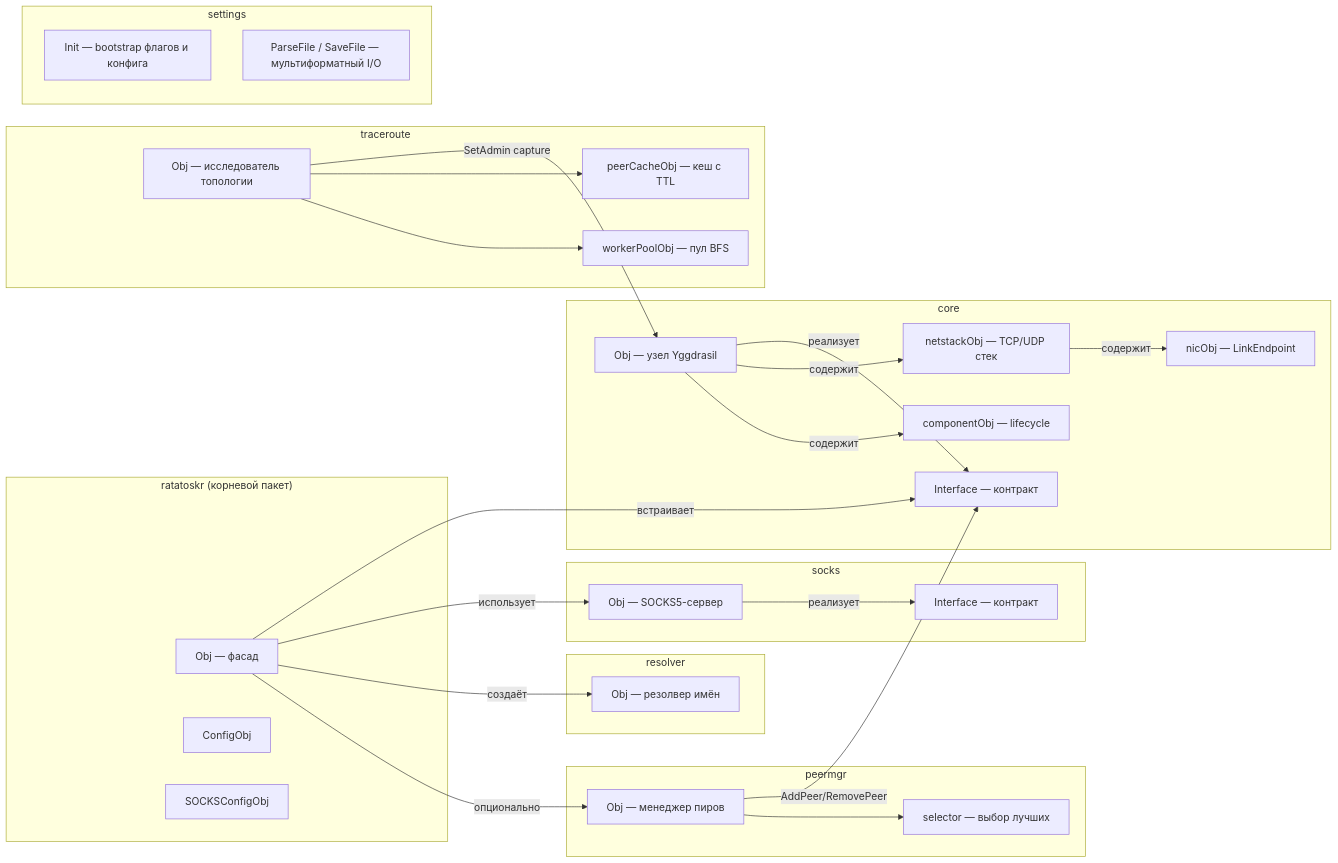
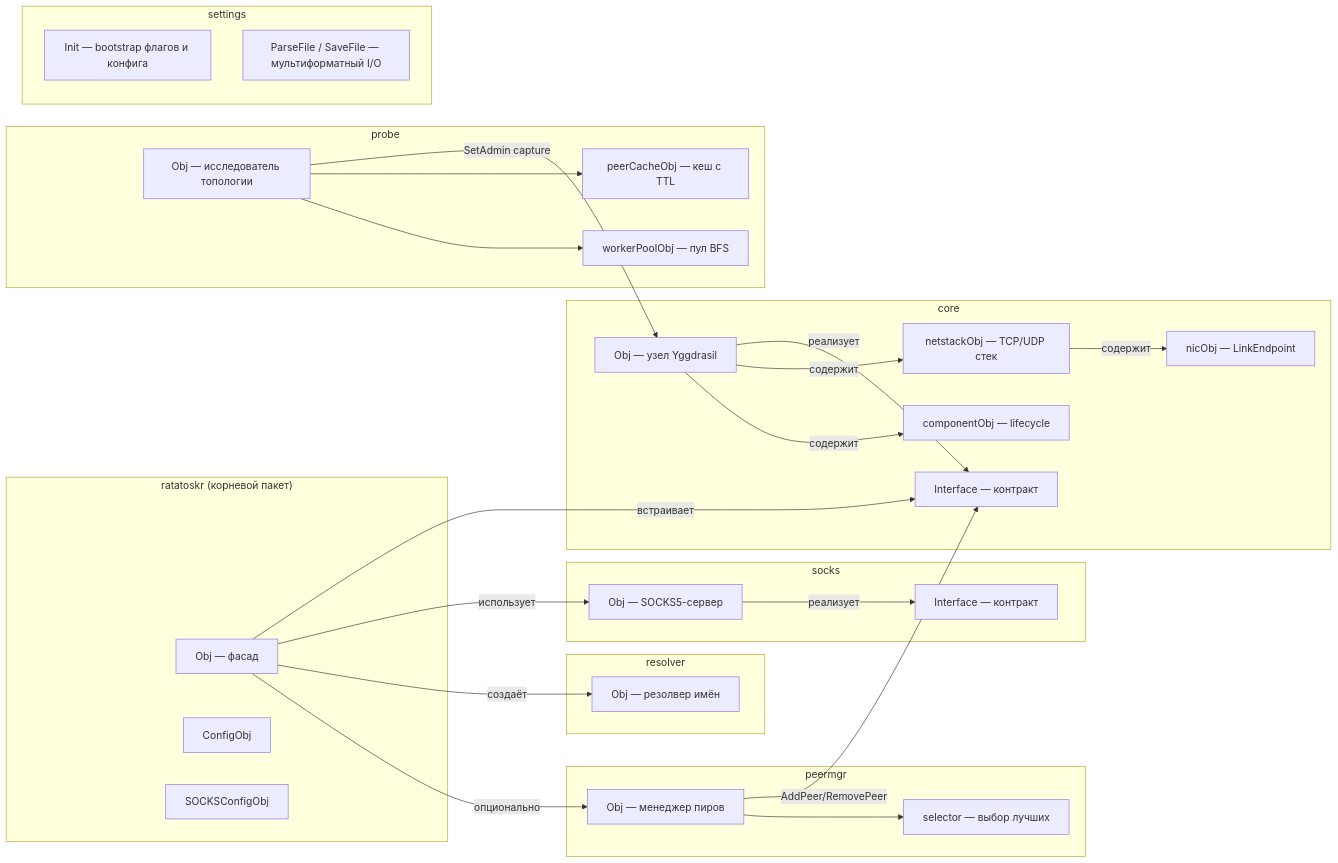
Before and after one commit to voluminor/ratatoskr: the fourth of 16 diagrams in README.RU.md, drawn with Mermaid. The commit also changed other lines of this file and 29 other files, not shown here.

````diff
--- a/README.RU.md
+++ b/README.RU.md
@@ -266,56 +266,56 @@
 ```mermaid
 graph LR
 subgraph "ratatoskr (корневой пакет)"
 A[Obj — фасад]
 B[ConfigObj]
 C[SOCKSConfigObj]
 end
 
 subgraph "core"
 D[Obj — узел Yggdrasil]
 E[Interface — контракт]
 F[netstackObj — TCP/UDP стек]
 G[nicObj — LinkEndpoint]
 H[componentObj — lifecycle]
 end
 
 subgraph "peermgr"
 PM[Obj — менеджер пиров]
 SEL[selector — выбор лучших]
 end
 
 subgraph "resolver"
 I[Obj — резолвер имён]
 end
 
 subgraph "socks"
 J[Obj — SOCKS5-сервер]
 K[Interface — контракт]
 end
 
-subgraph "traceroute"
+subgraph "probe"
 TR[Obj — исследователь топологии]
 CACHE[peerCacheObj — кеш с TTL]
 POOL[workerPoolObj — пул BFS]
 end
 
 subgraph "settings"
 SINIT[Init — bootstrap флагов и конфига]
 SFILE[ParseFile / SaveFile — мультиформатный I/O]
 end
 
 A -->|встраивает|E
 A -->|использует|J
 A -->|создаёт|I
 A -->|опционально|PM
 PM -->|AddPeer/RemovePeer|E
 PM --> SEL
 D -->|реализует|E
 D -->|содержит|F
 F -->|содержит|G
 D -->|содержит|H
 J -->|реализует|K
 TR -->|SetAdmin capture|D
 TR --> CACHE
 TR --> POOL
 ```
````
